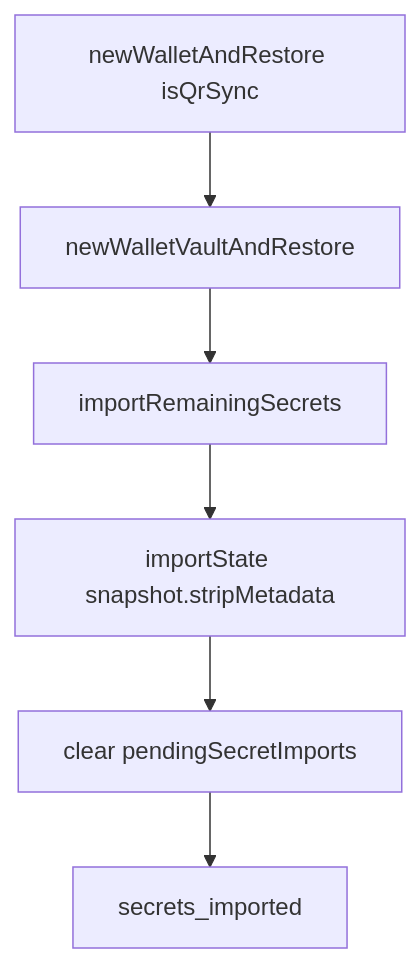
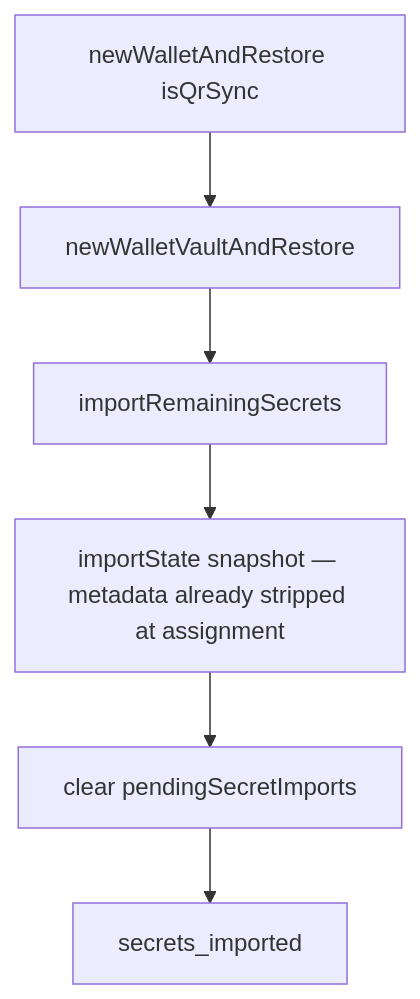
The third of 4 diagrams in docs/qr-sync/provisioning-technical.md (MetaMask/metamask-mobile), drawn with Mermaid before and after one commit. The commit also changed other lines of this file, not shown here.

Commit message:
docs: re-update docs for QR sync flow

````diff
--- a/docs/qr-sync/provisioning-technical.md
+++ b/docs/qr-sync/provisioning-technical.md
@@ -192,8 +192,8 @@
 ```mermaid
 flowchart TD
     A[newWalletAndRestore isQrSync] --> B[newWalletVaultAndRestore]
     B --> C[importRemainingSecrets]
-    C --> D[importState snapshot.stripMetadata]
+    C --> D[importState snapshot — metadata already stripped at assignment]
     D --> E[clear pendingSecretImports]
     E --> F[secrets_imported]
 ```
````
